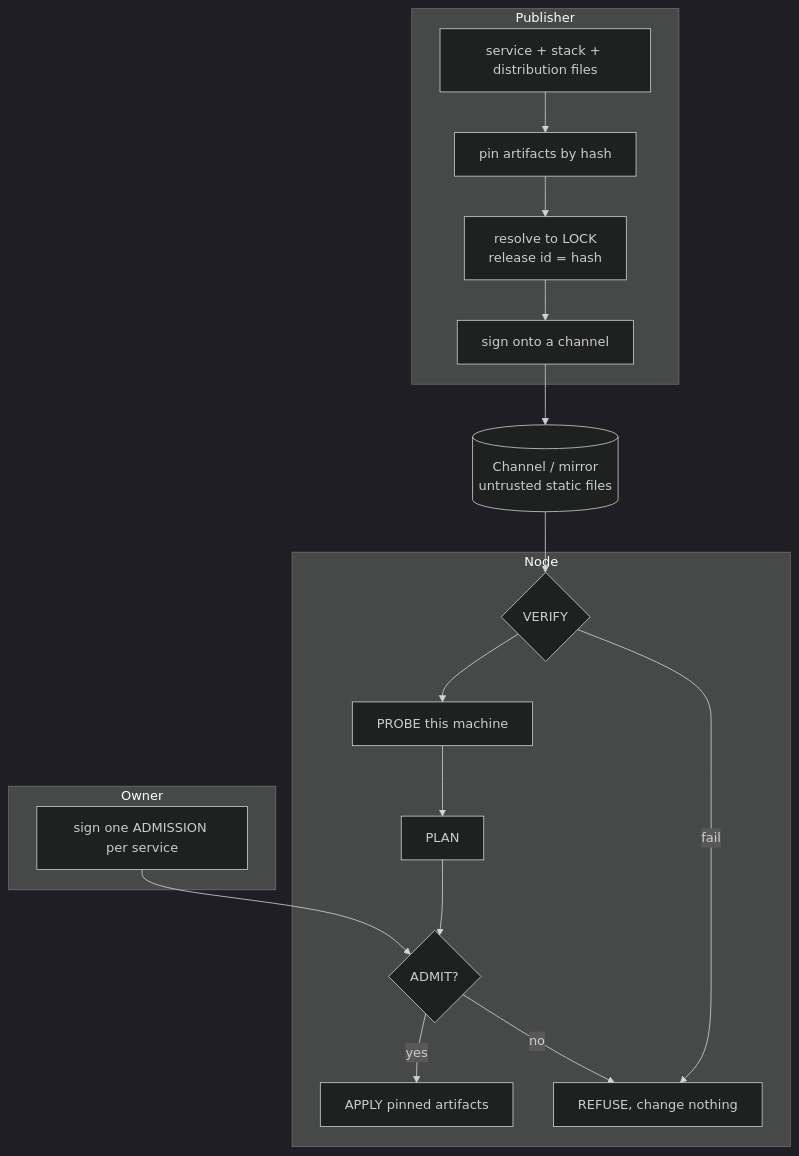
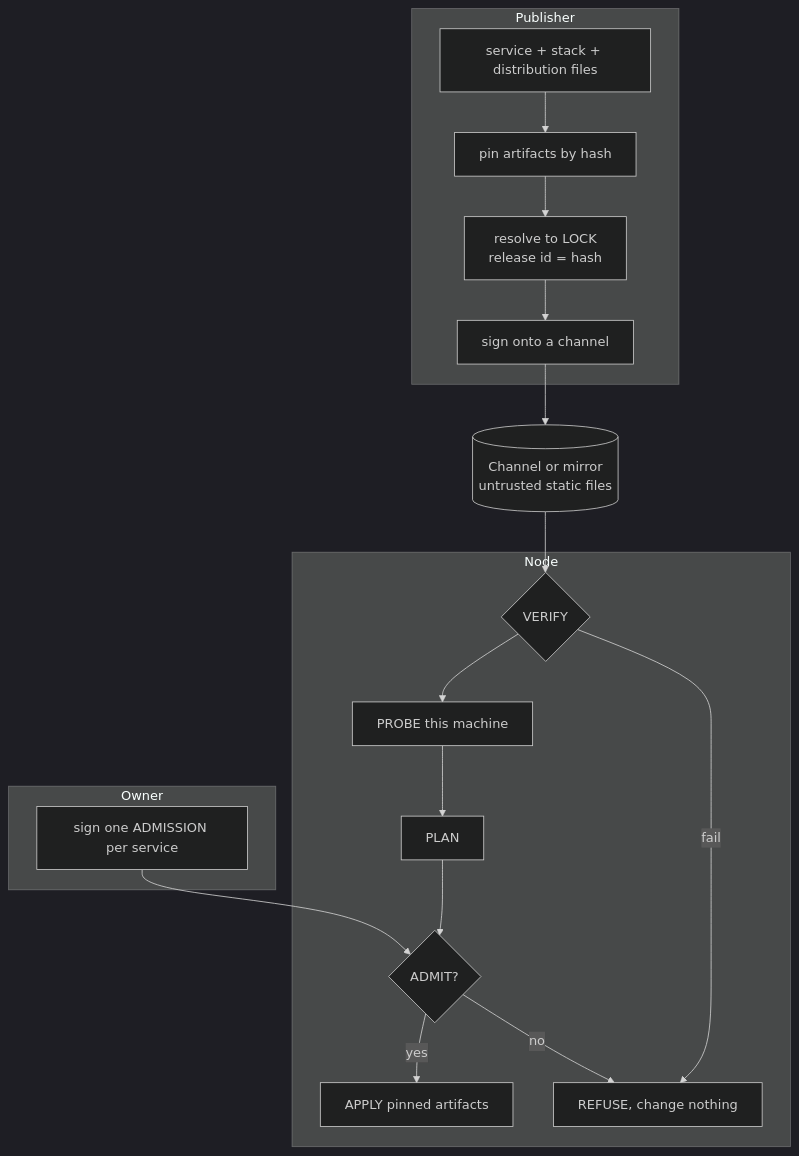
The diagram in content/09-distribution.md (benixos/book), drawn with Mermaid (dark theme) before and after one commit. The commit also changed other lines of this file and 45 other files, not shown here.

````diff
--- a/content/09-distribution.md
+++ b/content/09-distribution.md
@@ -40,18 +35,18 @@
 ```mermaid
 flowchart TB
   subgraph PUB["Publisher"]
     A1["service + stack + distribution files"] --> A2["pin artifacts by hash"] --> A3["resolve to LOCK<br/>release id = hash"] --> A4["sign onto a channel"]
   end
   subgraph OWN["Owner"]
     O1["sign one ADMISSION per service"]
   end
-  M1[("Channel / mirror<br/>untrusted static files")]
+  M1[("Channel or mirror<br/>untrusted static files")]
   subgraph NODE["Node"]
     N1{"VERIFY"} --> N3["PROBE this machine"] --> N4["PLAN"] --> N5{"ADMIT?"}
     N5 -- yes --> N6["APPLY pinned artifacts"]
     N1 -- fail --> X["REFUSE, change nothing"]
     N5 -- no --> X
   end
   A4 --> M1 --> N1
   O1 --> N5
 ```
````
